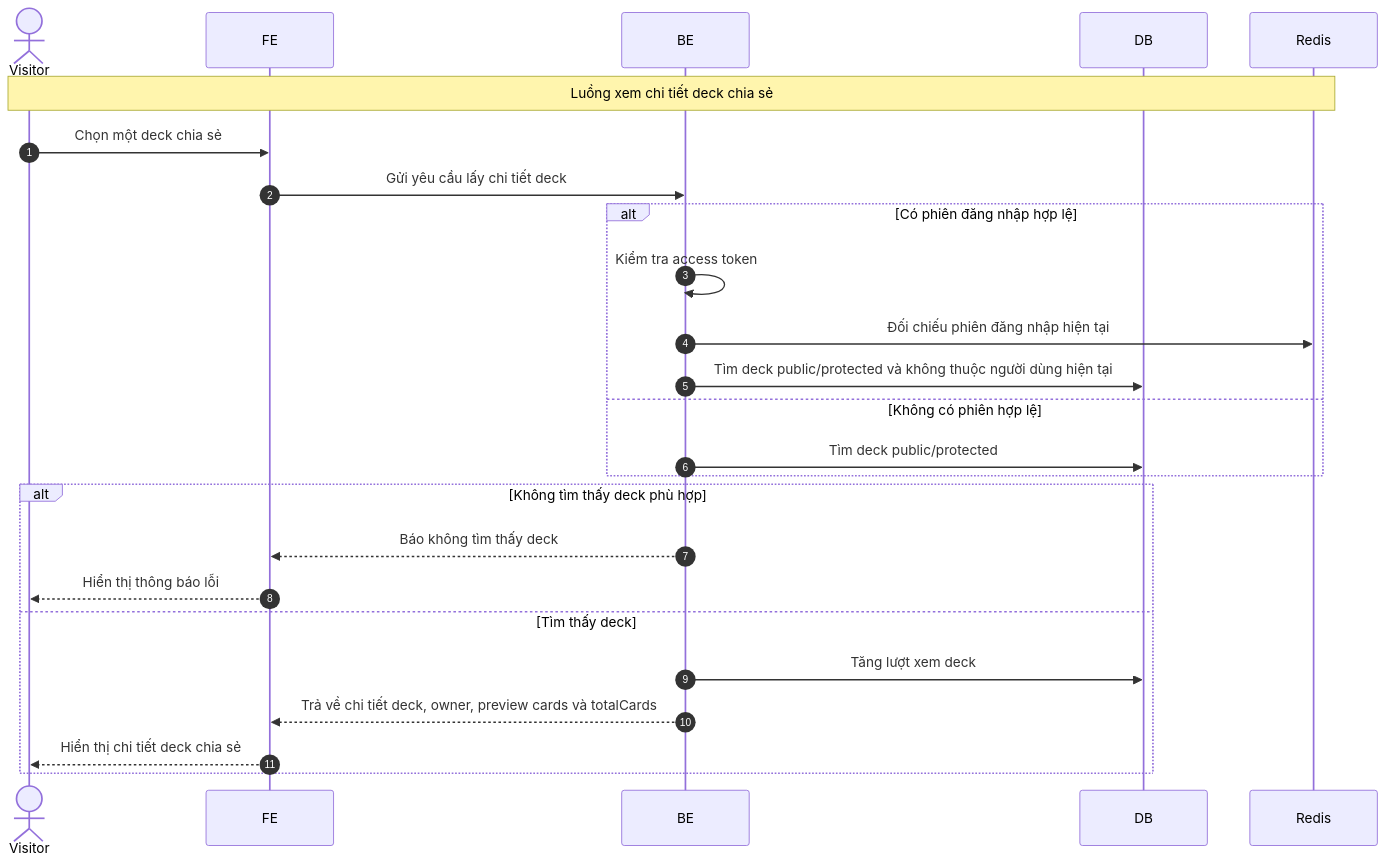
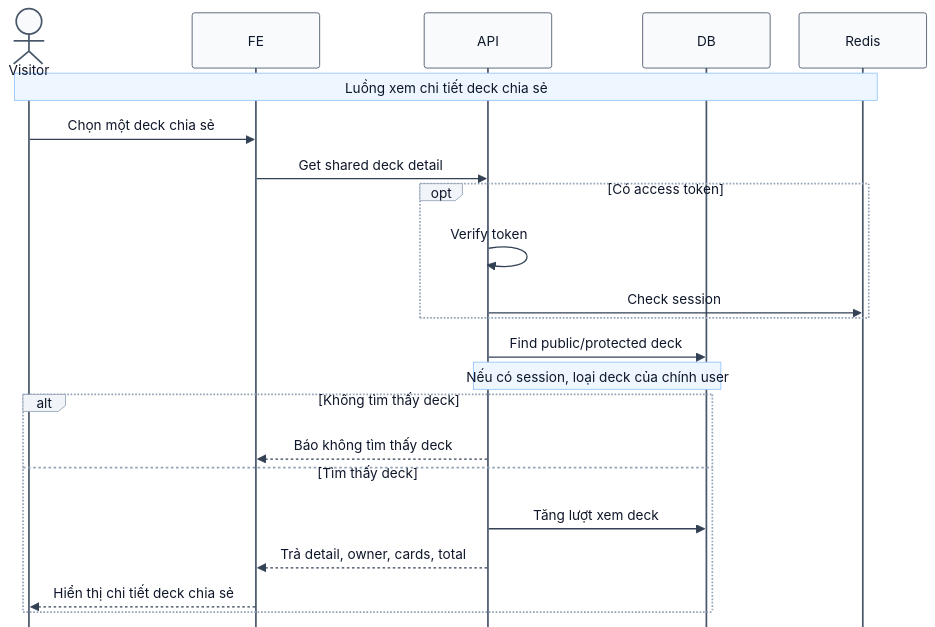
One commit to hungpn23/vocabify_be changed the diagram in docs/get-shared-deck-sequence.md. Above: the diagram before and after it, drawn with Mermaid. The commit also changed 29 other files, not shown here.

Commit message:
feat: update sequence diagrams and add ERD for user and deck modules

````diff
--- a/docs/get-shared-deck-sequence.md
+++ b/docs/get-shared-deck-sequence.md
@@ -5,28 +5,59 @@
 ```mermaid
+---
+config:
+  theme: base
+  look: classic
+  sequence:
+    showSequenceNumbers: false
+    mirrorActors: false
+    diagramMarginX: 12
+    diagramMarginY: 8
+    actorMargin: 34
+    boxMargin: 6
+    boxTextMargin: 4
+    noteMargin: 6
+    messageMargin: 24
+  themeVariables:
+    background: "#ffffff"
+    mainBkg: "#ffffff"
+    actorBkg: "#f8fafc"
+    actorBorder: "#475569"
+    actorTextColor: "#0f172a"
+    signalColor: "#334155"
+    signalTextColor: "#0f172a"
+    noteBkgColor: "#eef6ff"
+    noteTextColor: "#0f172a"
+    noteBorderColor: "#93c5fd"
+    loopTextColor: "#0f172a"
+    activationBkgColor: "#e0f2fe"
+    activationBorderColor: "#0284c7"
+    labelBoxBkgColor: "#f1f5f9"
+    labelBoxBorderColor: "#94a3b8"
+    labelTextColor: "#0f172a"
+    fontFamily: "Arial"
+    fontSize: "12px"
+---
 sequenceDiagram
-	autonumber
 	actor Visitor
 	participant FE as FE
-	participant BE as BE
+	participant BE as API
 	participant DB as DB
 	participant Redis as Redis
 
 	Note over Visitor,Redis: Luồng xem chi tiết deck chia sẻ
 	Visitor->>FE: Chọn một deck chia sẻ
-	FE->>BE: Gửi yêu cầu lấy chi tiết deck
-	alt Có phiên đăng nhập hợp lệ
-		BE->>BE: Kiểm tra access token
-		BE->>Redis: Đối chiếu phiên đăng nhập hiện tại
-		BE->>DB: Tìm deck public/protected và không thuộc người dùng hiện tại
-	else Không có phiên hợp lệ
-		BE->>DB: Tìm deck public/protected
+	FE->>BE: Get shared deck detail
+	opt Có access token
+		BE->>BE: Verify token
+		BE->>Redis: Check session
 	end
-	alt Không tìm thấy deck phù hợp
+	BE->>DB: Find public/protected deck
+	Note over BE,DB: Nếu có session, loại deck của chính user
+	alt Không tìm thấy deck
 		BE-->>FE: Báo không tìm thấy deck
-		FE-->>Visitor: Hiển thị thông báo lỗi
 	else Tìm thấy deck
 		BE->>DB: Tăng lượt xem deck
-		BE-->>FE: Trả về chi tiết deck, owner, preview cards và totalCards
+		BE-->>FE: Trả detail, owner, cards, total
 		FE-->>Visitor: Hiển thị chi tiết deck chia sẻ
 	end
 ```
````
